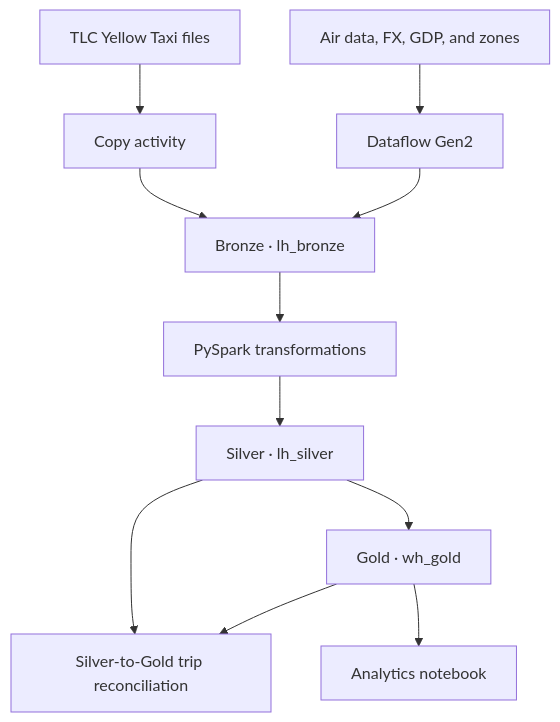
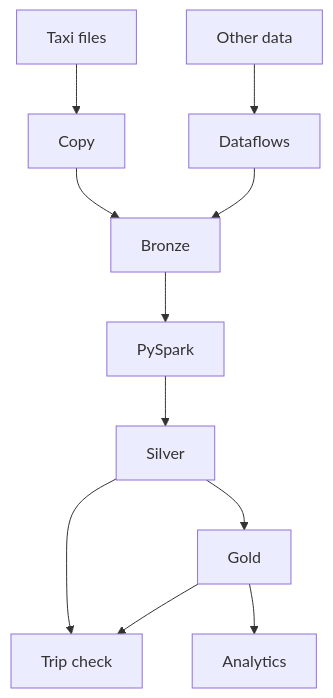
The diagram in README.md (AinurAliWl/nyc-urban-analytics-fabric), drawn with Mermaid before and after one commit. The commit also changed other lines of this file, not shown here.

````diff
--- a/README.md
+++ b/README.md
@@ -20,13 +20,13 @@
 ```mermaid
 flowchart TD
-    TLC["TLC Yellow Taxi files"] --> Copy["Copy activity"]
-    Other["Air data, FX, GDP, and zones"] --> Dataflows["Dataflow Gen2"]
-    Copy --> Bronze["Bronze · lh_bronze"]
+    TLC["Taxi files"] --> Copy["Copy"]
+    Other["Other data"] --> Dataflows["Dataflows"]
+    Copy --> Bronze["Bronze"]
     Dataflows --> Bronze
-    Bronze --> Transform["PySpark transformations"]
-    Transform --> Silver["Silver · lh_silver"]
-    Silver --> Gold["Gold · wh_gold"]
-    Silver --> Check["Silver-to-Gold trip reconciliation"]
+    Bronze --> Transform["PySpark"]
+    Transform --> Silver["Silver"]
+    Silver --> Gold["Gold"]
+    Silver --> Check["Trip check"]
     Gold --> Check
-    Gold --> Analysis["Analytics notebook"]
+    Gold --> Analysis["Analytics"]
 ```
````
